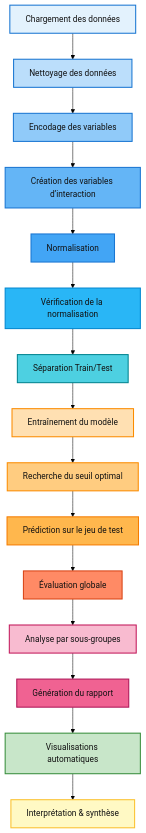
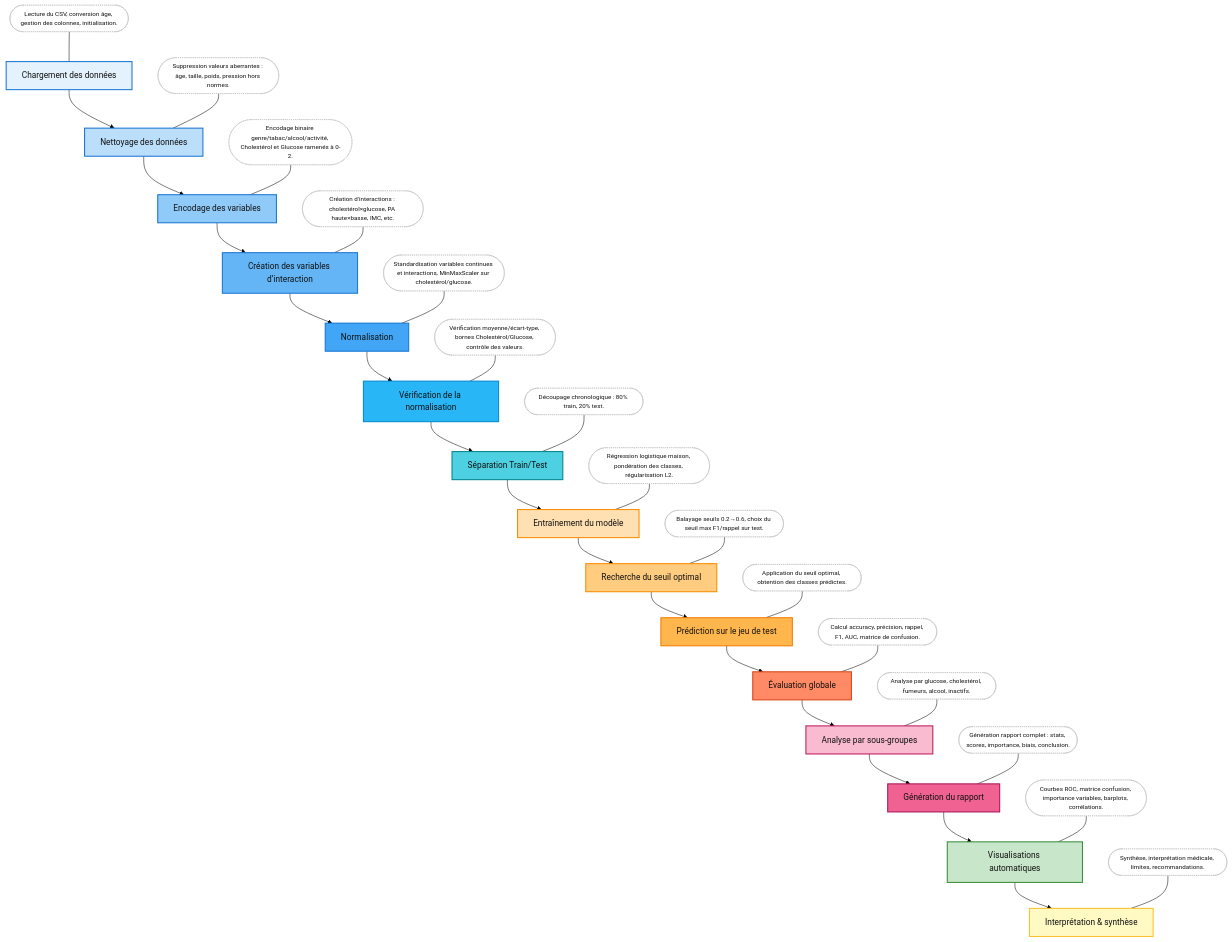
The diagram in README.md (ines-lorquet/cardio-vasc-risks), drawn with Mermaid (forest theme) before and after one commit.

Commit message:
correction shéma

````diff
--- a/README.md
+++ b/README.md
@@ -87,38 +87,59 @@
 ```mermaid
 flowchart TD
     A[Chargement des données] --> B[Nettoyage des données]
     B --> C[Encodage des variables]
     C --> D[Création des variables d’interaction]
     D --> E[Normalisation]
     E --> F[Vérification de la normalisation]
     F --> G[Séparation Train/Test]
     G --> H[Entraînement du modèle]
     H --> I[Recherche du seuil optimal]
     I --> J[Prédiction sur le jeu de test]
     J --> K[Évaluation globale]
     K --> L[Analyse par sous-groupes]
     L --> M[Génération du rapport]
     M --> N[Visualisations automatiques]
     N --> O[Interprétation & synthèse]
+
+    %% Explications à droite/gauche
+    A_desc([Lecture du CSV, conversion âge, gestion des colonnes, initialisation.]) --- A
+    B_desc([Suppression valeurs aberrantes : âge, taille, poids, pression hors normes.]) --- B
+    C_desc([Encodage binaire genre/tabac/alcool/activité, Cholestérol et Glucose ramenés à 0-2.]) --- C
+    D_desc([Création d'interactions : cholestérol×glucose, PA haute×basse, IMC, etc.]) --- D
+    E_desc([Standardisation variables continues et interactions, MinMaxScaler sur cholestérol/glucose.]) --- E
+    F_desc([Vérification moyenne/écart-type, bornes Cholestérol/Glucose, contrôle des valeurs.]) --- F
+    G_desc([Découpage chronologique : 80% train, 20% test.]) --- G
+    H_desc([Régression logistique maison, pondération des classes, régularisation L2.]) --- H
+    I_desc([Balayage seuils 0.2→0.6, choix du seuil max F1/rappel sur test.]) --- I
+    J_desc([Application du seuil optimal, obtention des classes prédictes.]) --- J
+    K_desc([Calcul accuracy, précision, rappel, F1, AUC, matrice de confusion.]) --- K
+    L_desc([Analyse par glucose, cholestérol, fumeurs, alcool, inactifs.]) --- L
+    M_desc([Génération rapport complet : stats, scores, importance, biais, conclusion.]) --- M
+    N_desc([Courbes ROC, matrice confusion, importance variables, barplots, corrélations.]) --- N
+    O_desc([Synthèse, interprétation médicale, limites, recommandations.]) --- O
 
     %% Préparation (bleu)
     style A fill:#e3f2fd,stroke:#1976d2,stroke-width:2px,color:#111
     style B fill:#bbdefb,stroke:#1976d2,stroke-width:2px,color:#111
     style C fill:#90caf9,stroke:#1976d2,stroke-width:2px,color:#111
     style D fill:#64b5f6,stroke:#1976d2,stroke-width:2px,color:#111
     style E fill:#42a5f5,stroke:#1976d2,stroke-width:2px,color:#111
     style F fill:#29b6f6,stroke:#0288d1,stroke-width:2px,color:#111
     style G fill:#4dd0e1,stroke:#00838f,stroke-width:2px,color:#111
 
     %% Modélisation (orange/rose)
     style H fill:#ffe0b2,stroke:#fb8c00,stroke-width:2px,color:#111
     style I fill:#ffcc80,stroke:#fb8c00,stroke-width:2px,color:#111
     style J fill:#ffb74d,stroke:#f57c00,stroke-width:2px,color:#111
     style K fill:#ff8a65,stroke:#d84315,stroke-width:2px,color:#111
     style L fill:#f8bbd0,stroke:#c2185b,stroke-width:2px,color:#111
     style M fill:#f06292,stroke:#ad1457,stroke-width:2px,color:#111
 
     %% Résultats (vert/jaune)
     style N fill:#c8e6c9,stroke:#388e3c,stroke-width:2px,color:#111
     style O fill:#fff9c4,stroke:#fbc02d,stroke-width:2px,color:#111
+
+    %% Styles explications
+    classDef explication fill:#fff,stroke:#bdbdbd,stroke-dasharray: 2 2,color:#111,font-size:12px
+    class A_desc,B_desc,C_desc,D_desc,E_desc,F_desc,G_desc,H_desc,I_desc,J_desc,K_desc,L_desc,M_desc,N_desc,O_desc explication
 ```
````
